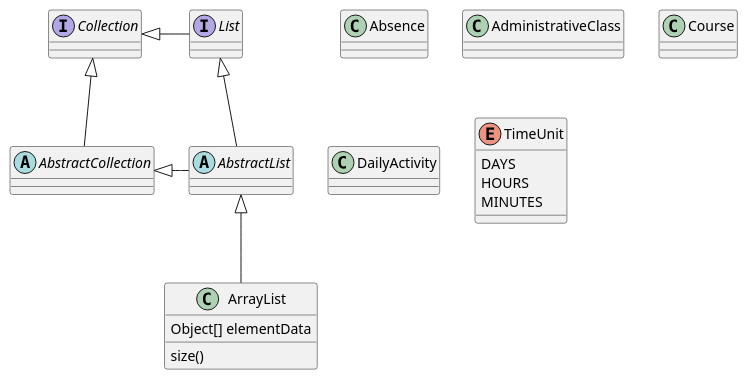
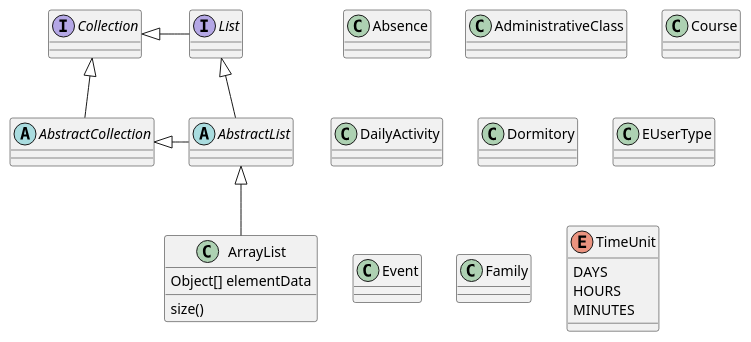
Before and after one commit to JavaCourseDesign/JavaCourseDesign: the diagram in server/src/main/java/com/management/server/uml/demo.puml, drawn with PlantUML.

```diff
--- a/server/src/main/java/com/management/server/uml/demo.puml
+++ b/server/src/main/java/com/management/server/uml/demo.puml
@@ -1,31 +1,35 @@
 @startuml
 'https://plantuml.com/class-diagram
 
 abstract class AbstractList
 abstract AbstractCollection
 interface List
 interface Collection
 class Absence
 class AdministrativeClass
 class Course
 class DailyActivity
+class Dormitory
+class EUserType
+class Event
+class Family
 
 List <|-- AbstractList
 Collection <|-- AbstractCollection
 
 Collection <|- List
 AbstractCollection <|- AbstractList
 AbstractList <|-- ArrayList
 
 class ArrayList {
 Object[] elementData
 size()
 }
 
 enum TimeUnit {
 DAYS
 HOURS
 MINUTES
 }
 
 @enduml
```
